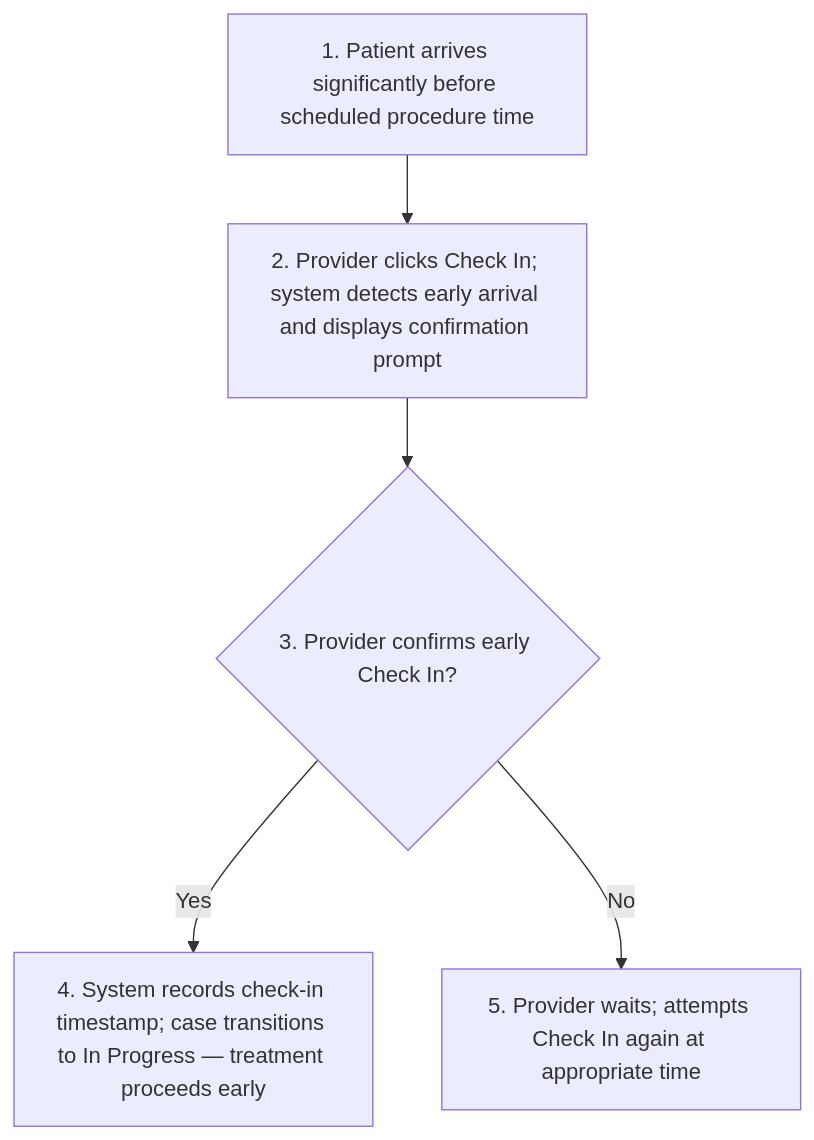
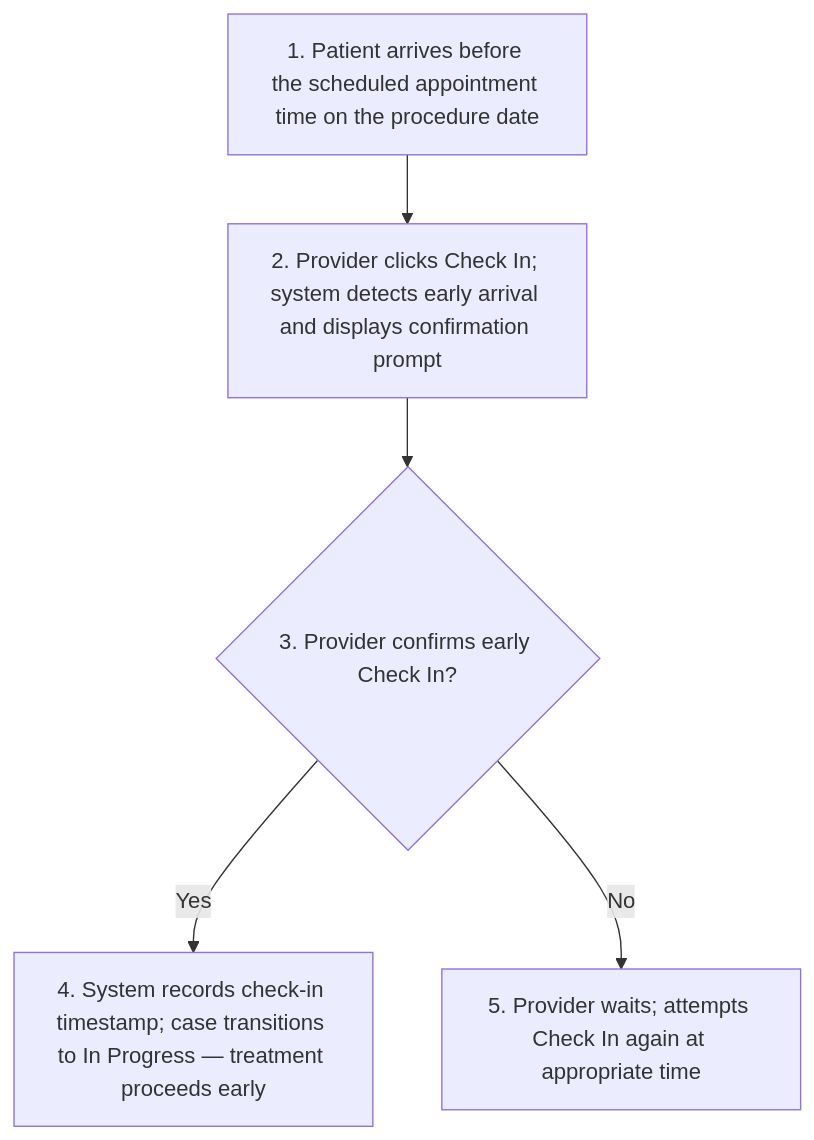
Before and after one commit to joachimtrungtuan/hairline-pm-docs: the second of 10 diagrams in project-requirements/functional-requirements/fr010-treatment-execution/prd.md, drawn with Mermaid. The commit also changed other lines of this file and 5 other files, not shown here.

````diff
--- a/project-requirements/functional-requirements/fr010-treatment-execution/prd.md
+++ b/project-requirements/functional-requirements/fr010-treatment-execution/prd.md
@@ -139,8 +139,8 @@
 ```mermaid
 flowchart TD
-  A1S1["1. Patient arrives significantly before scheduled procedure time"] --> A1S2
+  A1S1["1. Patient arrives before the scheduled appointment time on the procedure date"] --> A1S2
   A1S2["2. Provider clicks Check In; system detects early arrival and displays confirmation prompt"] --> A1S3
   A1S3{"3. Provider confirms early Check In?"}
   A1S3 -- Yes --> A1S4["4. System records check-in timestamp; case transitions to In Progress — treatment proceeds early"]
   A1S3 -- No --> A1S5["5. Provider waits; attempts Check In again at appropriate time"]
 ```
````
